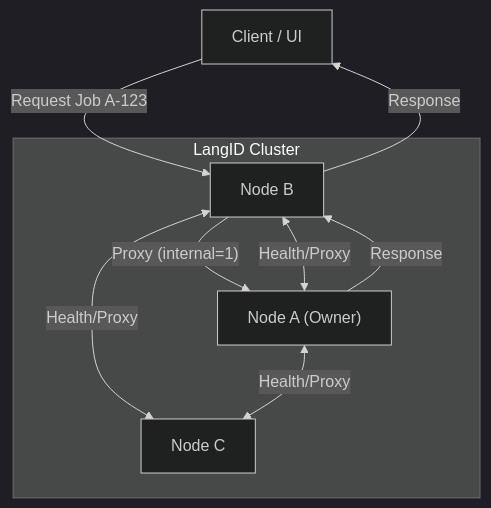
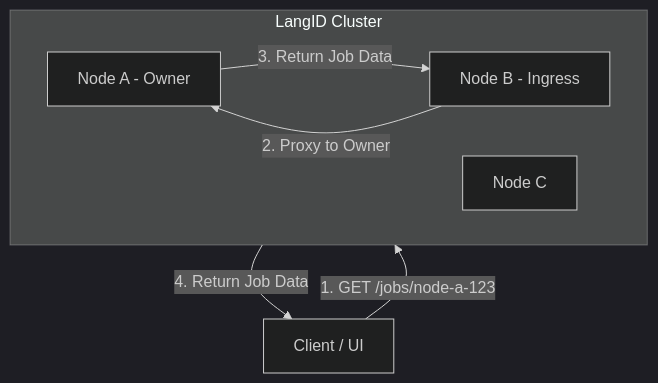
One commit to cisco7507/LangId-mr changed the fifth of 5 diagrams in Readme.md. Above: the diagram before and after it, drawn with Mermaid (dark theme). The commit also changed other lines of this file, not shown here.

First line of the commit message:
fix: Improve cluster architecture diagram layouts

````diff
--- a/Readme.md
+++ b/Readme.md
@@ -365,19 +364,16 @@
 ```mermaid
-flowchart TD
-    Client["Client / UI"]
+flowchart TB
+    Client[Client / UI]
     
-    subgraph Cluster [LangID Cluster]
-        NodeA["Node A (Owner)"]
-        NodeB["Node B"]
-        NodeC["Node C"]
-        
-        NodeA <-->|Health/Proxy| NodeB
-        NodeB <-->|Health/Proxy| NodeC
-        NodeA <-->|Health/Proxy| NodeC
+    subgraph Cluster[LangID Cluster]
+        direction LR
+        NodeA[Node A - Owner]
+        NodeB[Node B - Ingress]
+        NodeC[Node C]
     end
     
-    Client -->|Request Job A-123| NodeB
-    NodeB --"Proxy (internal=1)"--> NodeA
-    NodeA --"Response"--> NodeB
-    NodeB --"Response"--> Client
+    Client -->|1. GET /jobs/node-a-123| NodeB
+    NodeB -->|2. Proxy to Owner| NodeA
+    NodeA -->|3. Return Job Data| NodeB
+    NodeB -->|4. Return Job Data| Client
 ```
````
